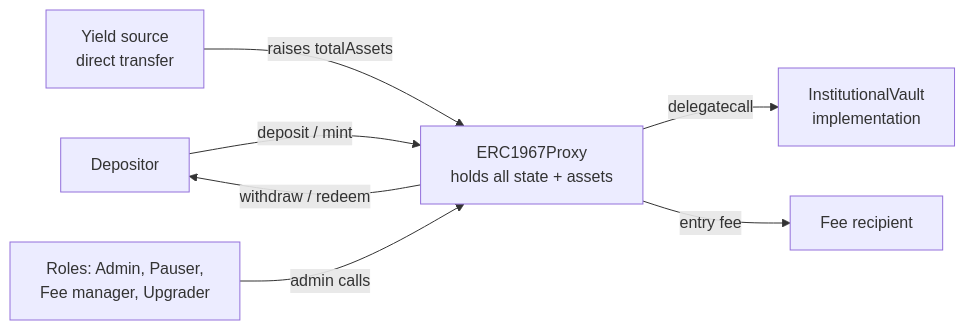
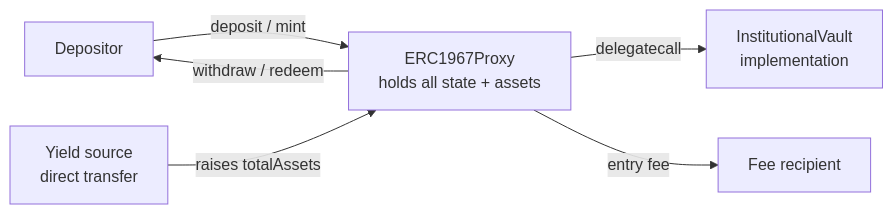
One commit to yraeonti/capitalsageholdings changed the first of 2 diagrams in ARCHITECTURE.md. Above: the diagram before and after it, drawn with Mermaid. The commit also changed other lines of this file and 1 other file, not shown here.

Commit message:
docs: restructure ARCHITECTURE.md to the brief's four sections

````diff
--- a/ARCHITECTURE.md
+++ b/ARCHITECTURE.md
@@ -42,9 +13,8 @@
 ```mermaid
 flowchart LR
     U[Depositor] -->|deposit / mint| P[ERC1967Proxy<br/>holds all state + assets]
     P -->|delegatecall| I[InstitutionalVault<br/>implementation]
     P -->|entry fee| T[Fee recipient]
     P -->|withdraw / redeem| U
     Y[Yield source<br/>direct transfer] -->|raises totalAssets| P
-    A[Roles: Admin, Pauser,<br/>Fee manager, Upgrader] -->|admin calls| P
 ```
````
